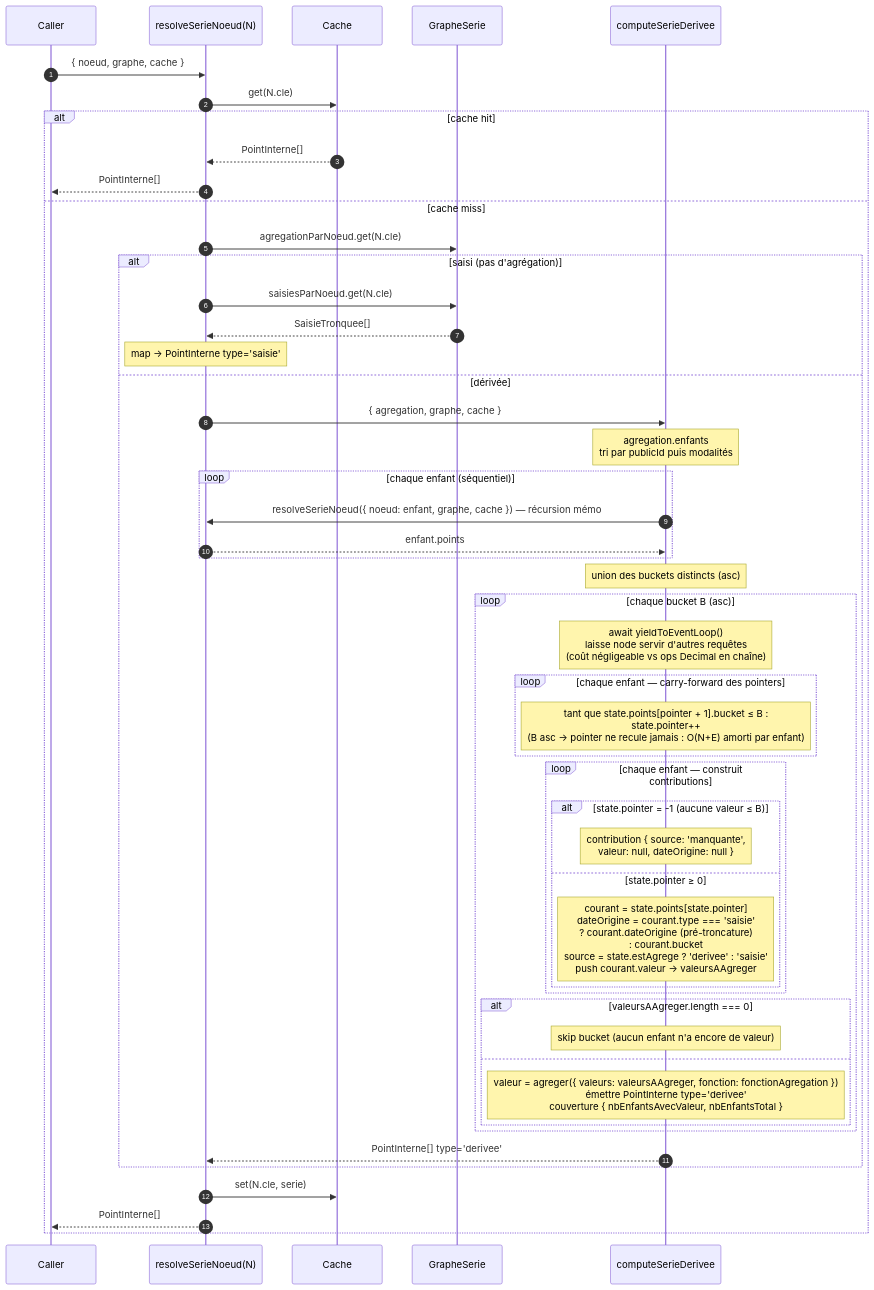
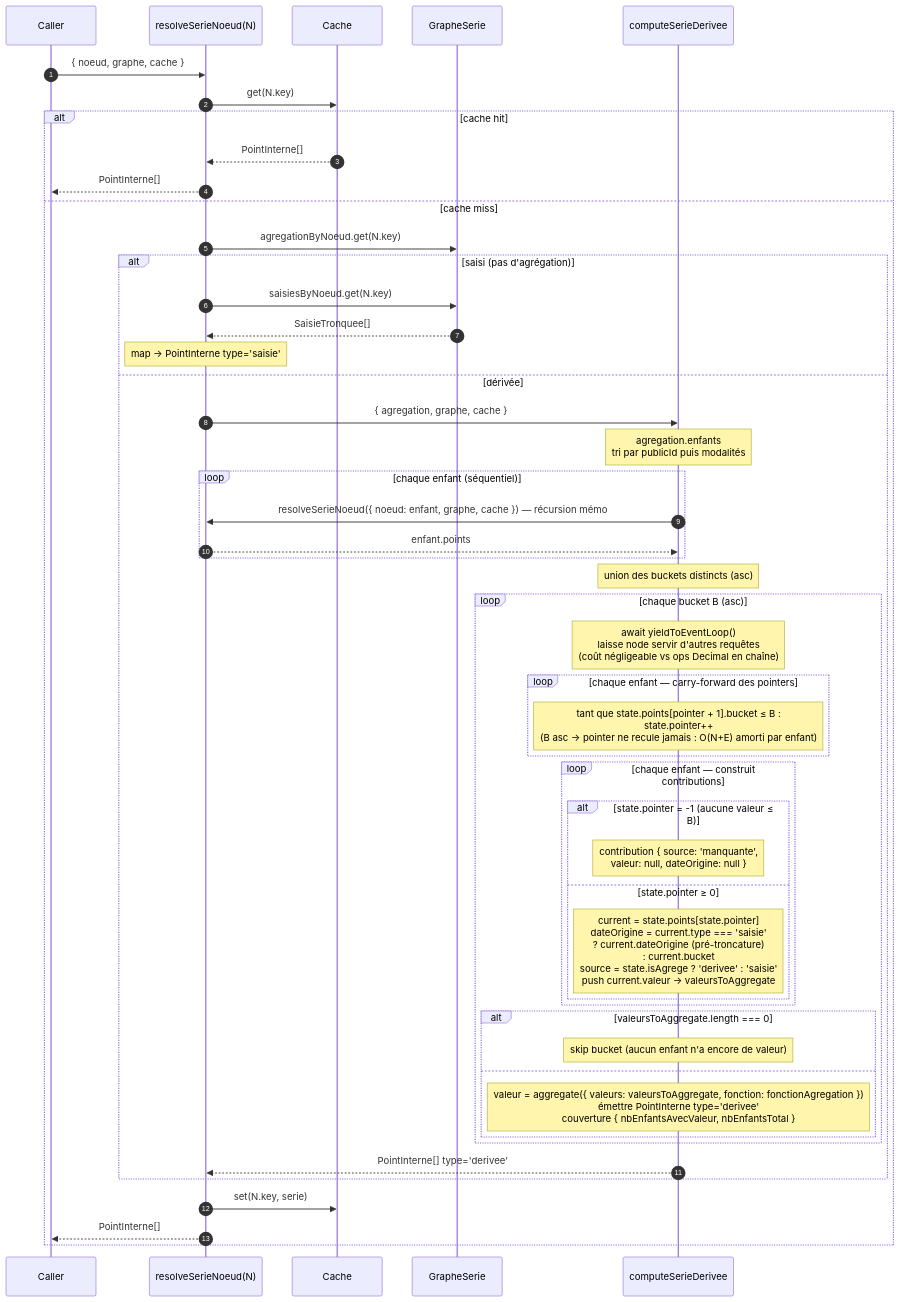
Before and after one commit to DITP-pilotage/pilote-2: the second of 3 diagrams in apps/kpilote-api/docs/architecture/taux-progression.md, drawn with Mermaid. The commit also changed other lines of this file and 31 other files, not shown here.

````diff
--- a/apps/kpilote-api/docs/architecture/taux-progression.md
+++ b/apps/kpilote-api/docs/architecture/taux-progression.md
@@ -322,52 +322,52 @@
 ```mermaid
 sequenceDiagram
     autonumber
     participant Caller
     participant R as resolveSerieNoeud(N)
     participant Cache
     participant G as GrapheSerie
     participant CSD as computeSerieDerivee
 
     Caller->>R: { noeud, graphe, cache }
-    R->>Cache: get(N.cle)
+    R->>Cache: get(N.key)
     alt cache hit
         Cache-->>R: PointInterne[]
         R-->>Caller: PointInterne[]
     else cache miss
-        R->>G: agregationParNoeud.get(N.cle)
+        R->>G: agregationByNoeud.get(N.key)
         alt saisi (pas d'agrégation)
-            R->>G: saisiesParNoeud.get(N.cle)
+            R->>G: saisiesByNoeud.get(N.key)
             G-->>R: SaisieTronquee[]
             Note over R: map → PointInterne type='saisie'
         else dérivée
             R->>CSD: { agregation, graphe, cache }
             Note over CSD: agregation.enfants<br/>tri par publicId puis modalités
             loop chaque enfant (séquentiel)
                 CSD->>R: resolveSerieNoeud({ noeud: enfant, graphe, cache }) — récursion mémo
                 R-->>CSD: enfant.points
             end
             Note over CSD: union des buckets distincts (asc)
             loop chaque bucket B (asc)
                 Note over CSD: await yieldToEventLoop()<br/>laisse node servir d'autres requêtes<br/>(coût négligeable vs ops Decimal en chaîne)
                 loop chaque enfant — carry-forward des pointers
                     Note over CSD: tant que state.points[pointer + 1].bucket ≤ B :<br/>  state.pointer++<br/>(B asc → pointer ne recule jamais : O(N+E) amorti par enfant)
                 end
                 loop chaque enfant — construit contributions
                     alt state.pointer = -1 (aucune valeur ≤ B)
                         Note over CSD: contribution { source: 'manquante',<br/>valeur: null, dateOrigine: null }
                     else state.pointer ≥ 0
-                        Note over CSD: courant = state.points[state.pointer]<br/>dateOrigine = courant.type === 'saisie'<br/>  ? courant.dateOrigine (pré-troncature)<br/>  : courant.bucket<br/>source = state.estAgrege ? 'derivee' : 'saisie'<br/>push courant.valeur → valeursAAgreger
+                        Note over CSD: current = state.points[state.pointer]<br/>dateOrigine = current.type === 'saisie'<br/>  ? current.dateOrigine (pré-troncature)<br/>  : current.bucket<br/>source = state.isAgrege ? 'derivee' : 'saisie'<br/>push current.valeur → valeursToAggregate
                     end
                 end
-                alt valeursAAgreger.length === 0
+                alt valeursToAggregate.length === 0
                     Note over CSD: skip bucket (aucun enfant n'a encore de valeur)
                 else
-                    Note over CSD: valeur = agreger({ valeurs: valeursAAgreger, fonction: fonctionAgregation })<br/>émettre PointInterne type='derivee'<br/>couverture { nbEnfantsAvecValeur, nbEnfantsTotal }
+                    Note over CSD: valeur = aggregate({ valeurs: valeursToAggregate, fonction: fonctionAgregation })<br/>émettre PointInterne type='derivee'<br/>couverture { nbEnfantsAvecValeur, nbEnfantsTotal }
                 end
             end
             CSD-->>R: PointInterne[] type='derivee'
         end
-        R->>Cache: set(N.cle, serie)
+        R->>Cache: set(N.key, serie)
         R-->>Caller: PointInterne[]
     end
 ```
````
